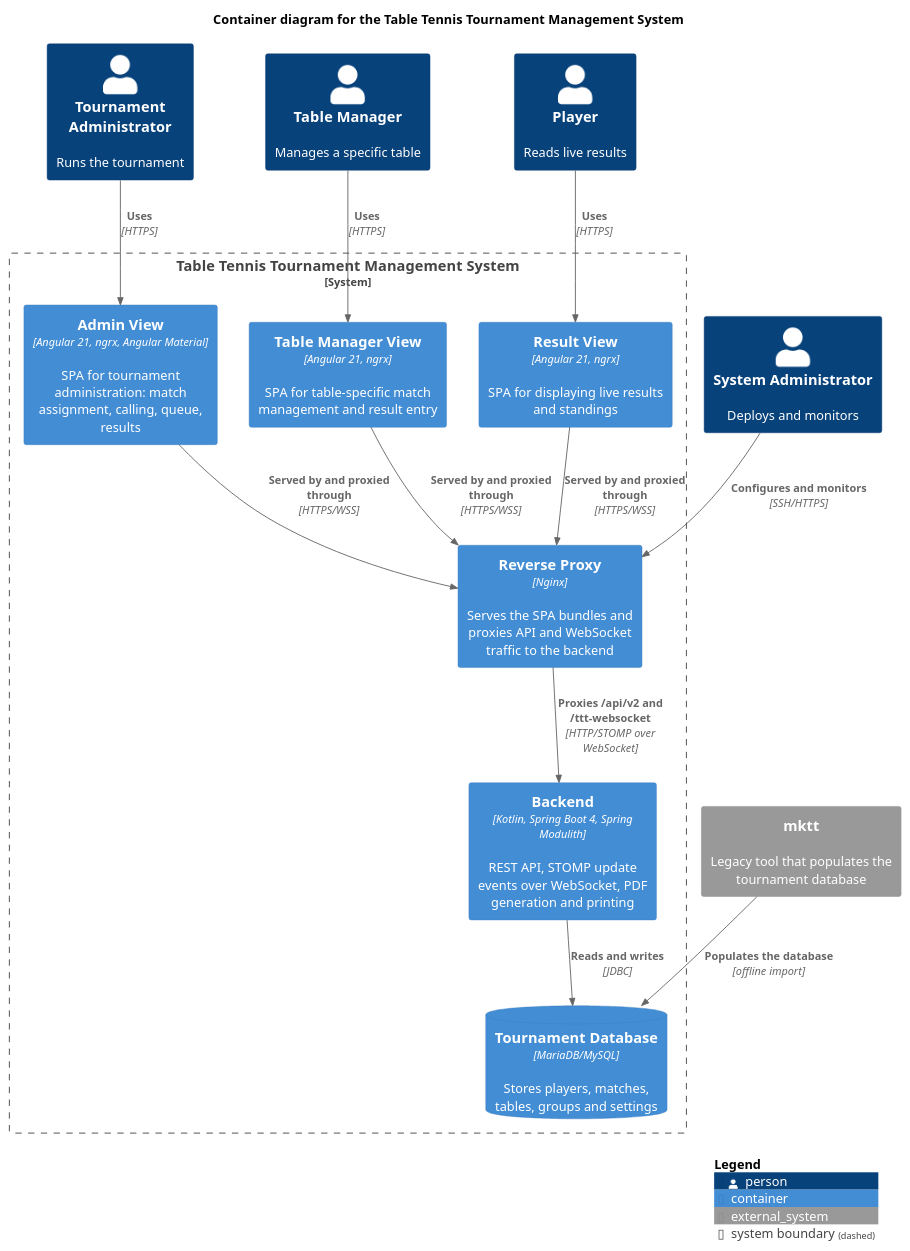
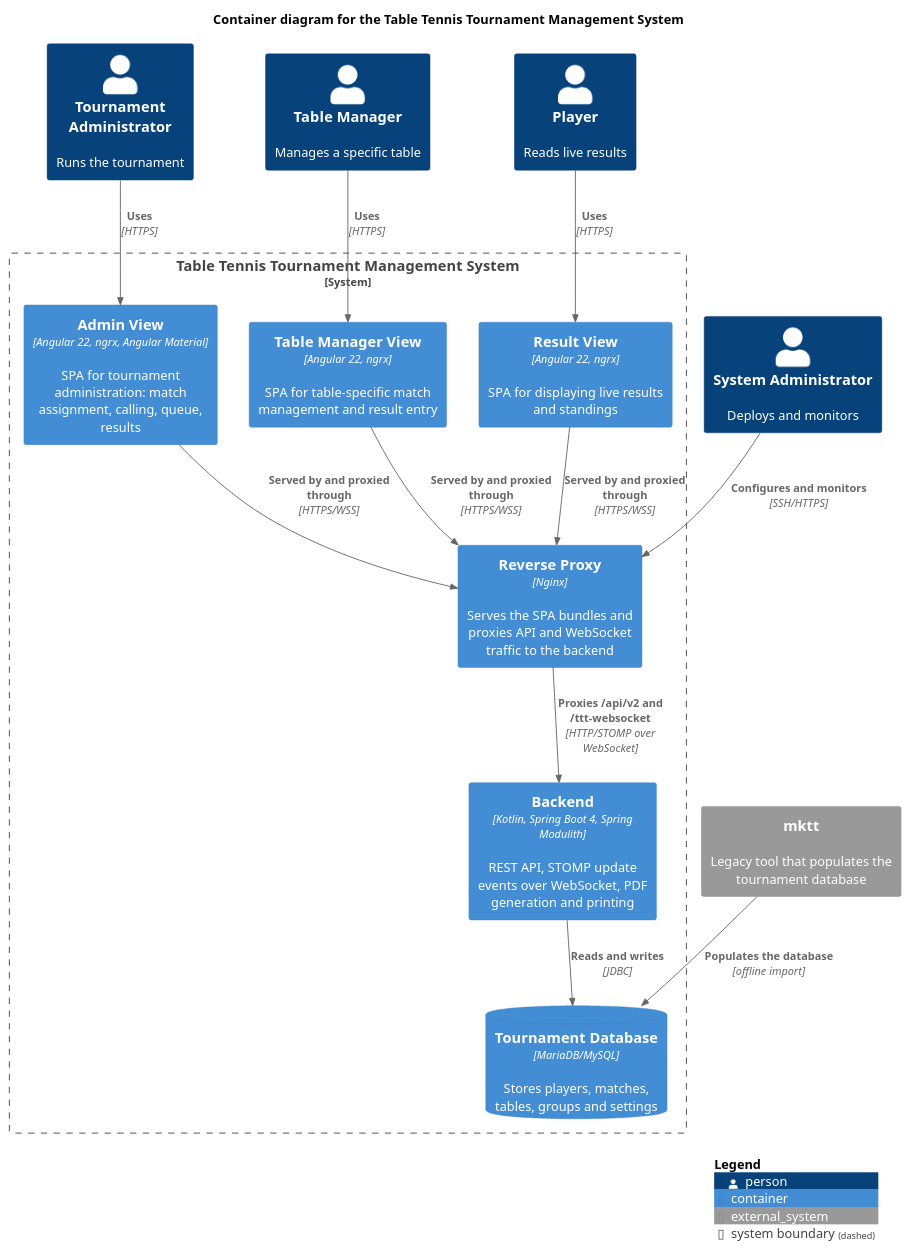
Before and after one commit to table-tennis-tournament/management-clients: the diagram in docs/arc42/diagrams/container.puml, drawn with PlantUML. The commit also changed 9 other files, not shown here.

```diff
--- a/docs/arc42/diagrams/container.puml
+++ b/docs/arc42/diagrams/container.puml
@@ -1,39 +1,39 @@
 @startuml
 !include C4/C4_Container.puml
 
 LAYOUT_WITH_LEGEND()
 
 title Container diagram for the Table Tennis Tournament Management System
 
 Person(admin, "Tournament Administrator", "Runs the tournament")
 Person(tableManager, "Table Manager", "Manages a specific table")
 Person(player, "Player", "Reads live results")
 Person(sysadmin, "System Administrator", "Deploys and monitors")
 
 System_Boundary(tournamentSystem, "Table Tennis Tournament Management System") {
-    Container(adminView, "Admin View", "Angular 21, ngrx, Angular Material", "SPA for tournament administration: match assignment, calling, queue, results")
-    Container(resultView, "Result View", "Angular 21, ngrx", "SPA for displaying live results and standings")
-    Container(tableManagerView, "Table Manager View", "Angular 21, ngrx", "SPA for table-specific match management and result entry")
+    Container(adminView, "Admin View", "Angular 22, ngrx, Angular Material", "SPA for tournament administration: match assignment, calling, queue, results")
+    Container(resultView, "Result View", "Angular 22, ngrx", "SPA for displaying live results and standings")
+    Container(tableManagerView, "Table Manager View", "Angular 22, ngrx", "SPA for table-specific match management and result entry")
     Container(nginx, "Reverse Proxy", "Nginx", "Serves the SPA bundles and proxies API and WebSocket traffic to the backend")
     Container(backend, "Backend", "Kotlin, Spring Boot 4, Spring Modulith", "REST API, STOMP update events over WebSocket, PDF generation and printing")
     ContainerDb(mariadb, "Tournament Database", "MariaDB/MySQL", "Stores players, matches, tables, groups and settings")
 }
 
 System_Ext(mktt, "mktt", "Legacy tool that populates the tournament database")
 
 Rel(admin, adminView, "Uses", "HTTPS")
 Rel(tableManager, tableManagerView, "Uses", "HTTPS")
 Rel(player, resultView, "Uses", "HTTPS")
 Rel(sysadmin, nginx, "Configures and monitors", "SSH/HTTPS")
 
 Rel(adminView, nginx, "Served by and proxied through", "HTTPS/WSS")
 Rel(resultView, nginx, "Served by and proxied through", "HTTPS/WSS")
 Rel(tableManagerView, nginx, "Served by and proxied through", "HTTPS/WSS")
 
 Rel(nginx, backend, "Proxies /api/v2 and /ttt-websocket", "HTTP/STOMP over WebSocket")
 Rel(backend, mariadb, "Reads and writes", "JDBC")
 
 Rel(mktt, mariadb, "Populates the database", "offline import")
 
 SHOW_LEGEND()
 @enduml
```
